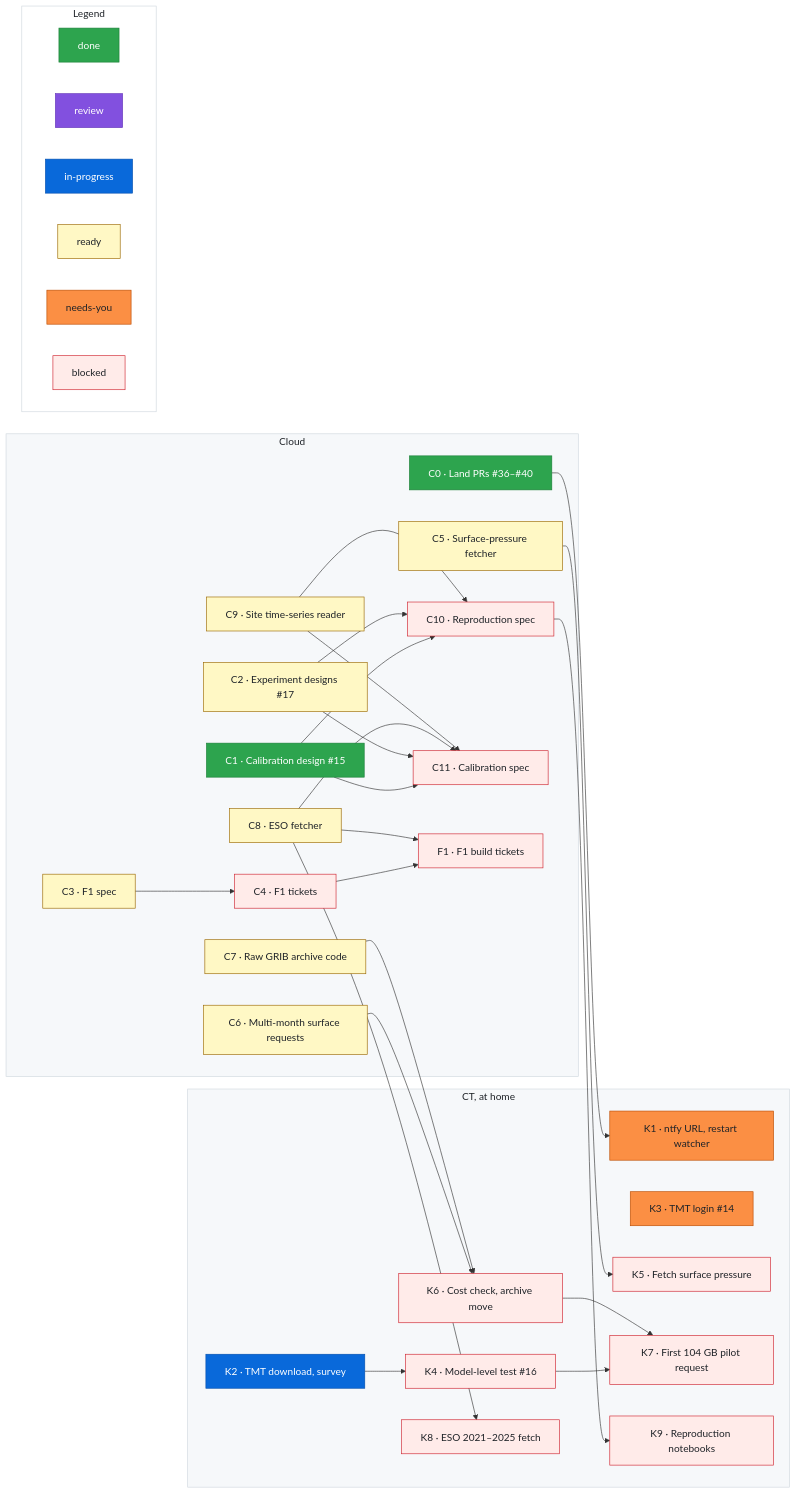
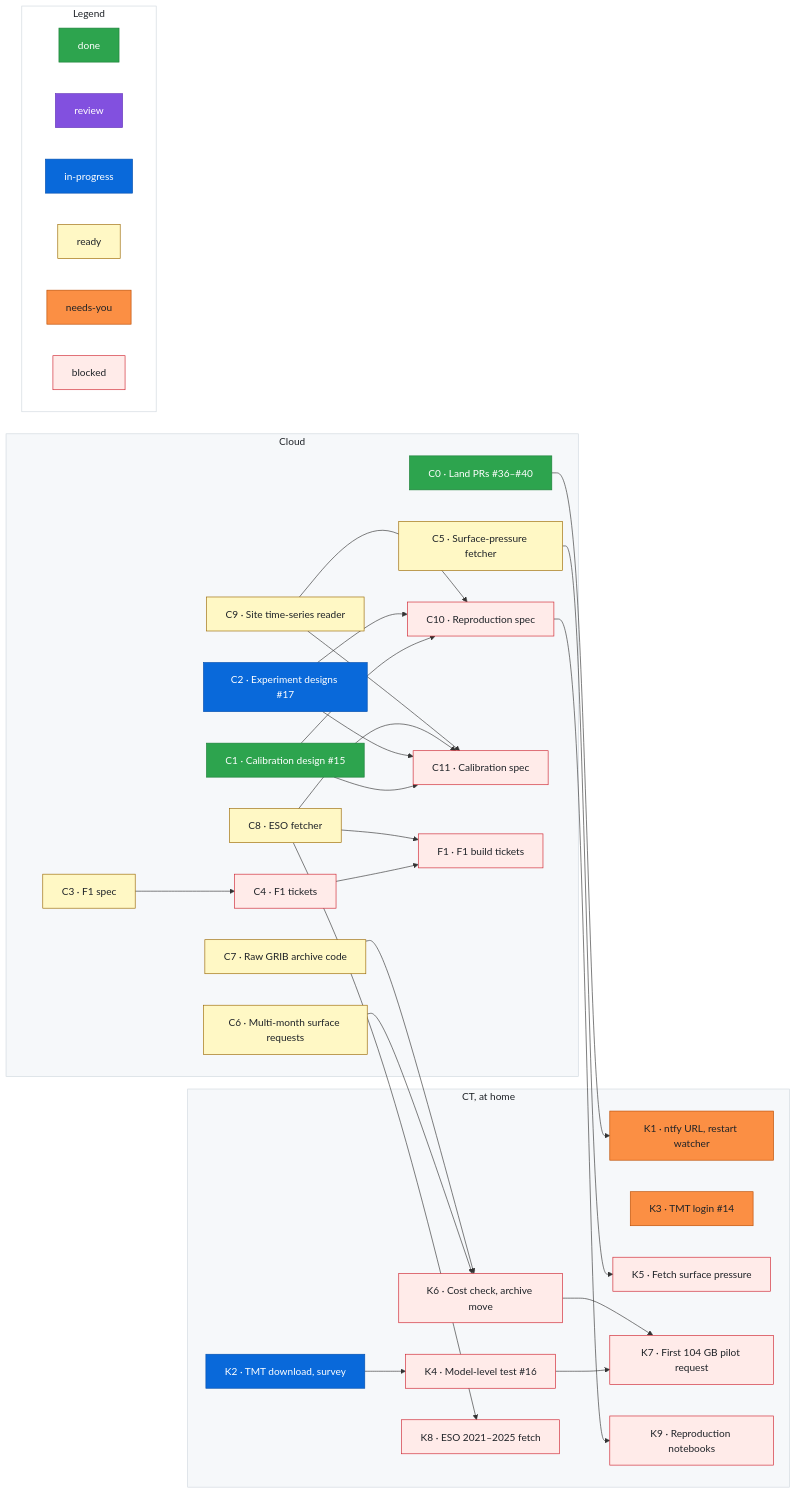
Before and after one commit to rrweller/Astro-seeing: the diagram in docs/roadmap.md, drawn with Mermaid. The commit also changed other lines of this file, not shown here.

Commit message:
roadmap: C2 ready → in-progress
Claude-Session: https://claude.ai/code/session_01ECS9rZthXjkSS88C6YqvNF

```diff
--- a/docs/roadmap.md
+++ b/docs/roadmap.md
@@ -133,7 +133,7 @@
   %% ---
   class C1 done
   %% ---
-  class C2 ready
+  class C2 inprogress
   %% ---
   class C3 ready
   %% ---
```
